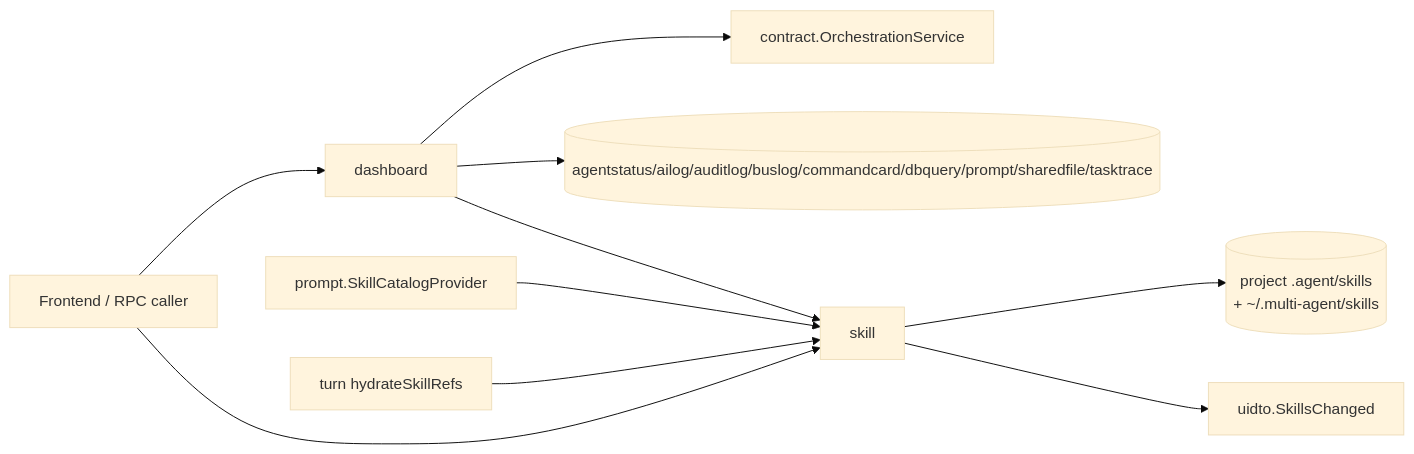
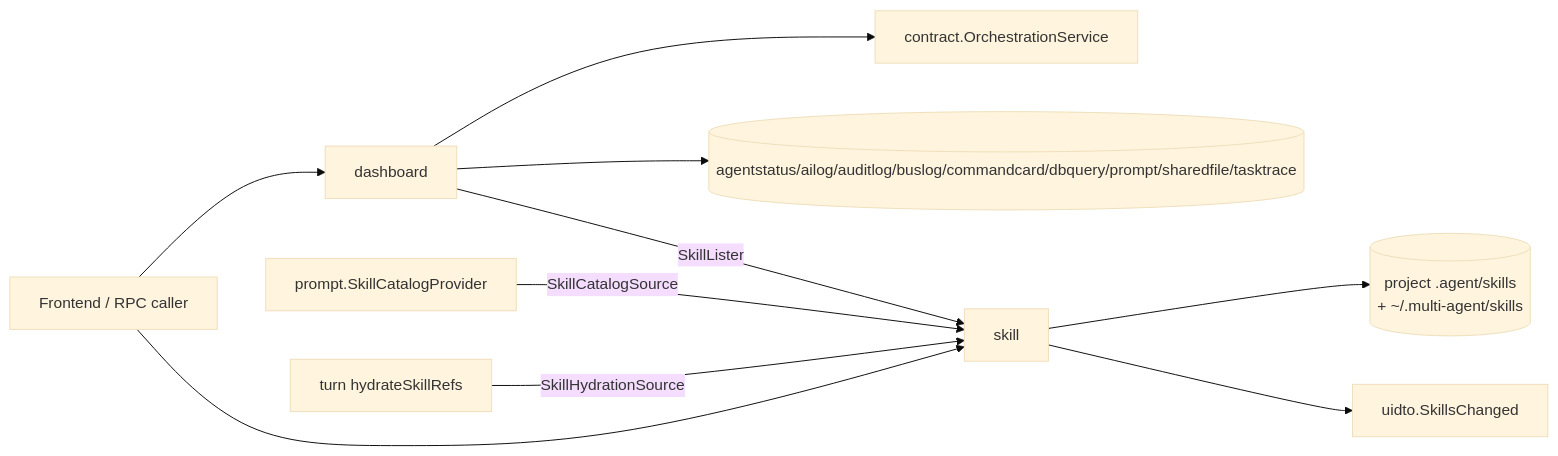
One commit to lihah111222333-cloud/Super-Dolphin-Agent-Cockpit changed the first of 8 diagrams in docs/doc/codemap/07-module-read.md. Above: the diagram before and after it, drawn with Mermaid (base theme). The commit also changed other lines of this file and 14 other files, not shown here.

````diff
--- a/docs/doc/codemap/07-module-read.md
+++ b/docs/doc/codemap/07-module-read.md
@@ -15,12 +15,12 @@
 ```mermaid
 flowchart LR
     UI[Frontend / RPC caller] --> DASH[dashboard]
     UI --> SKILL[skill]
     DASH --> ORCH[contract.OrchestrationService]
     DASH --> STORES[(agentstatus/ailog/auditlog/buslog/commandcard/dbquery/prompt/sharedfile/tasktrace)]
-    DASH --> SKILL
+    DASH -->|SkillLister| SKILL
     SKILL --> ROOTS[(project .agent/skills\n+ ~/.multi-agent/skills)]
     SKILL --> EVENTS[uidto.SkillsChanged]
-    PROMPT[prompt.SkillCatalogProvider] --> SKILL
-    TURN[turn hydrateSkillRefs] --> SKILL
+    PROMPT[prompt.SkillCatalogProvider] -->|SkillCatalogSource| SKILL
+    TURN[turn hydrateSkillRefs] -->|SkillHydrationSource| SKILL
 ```
````
